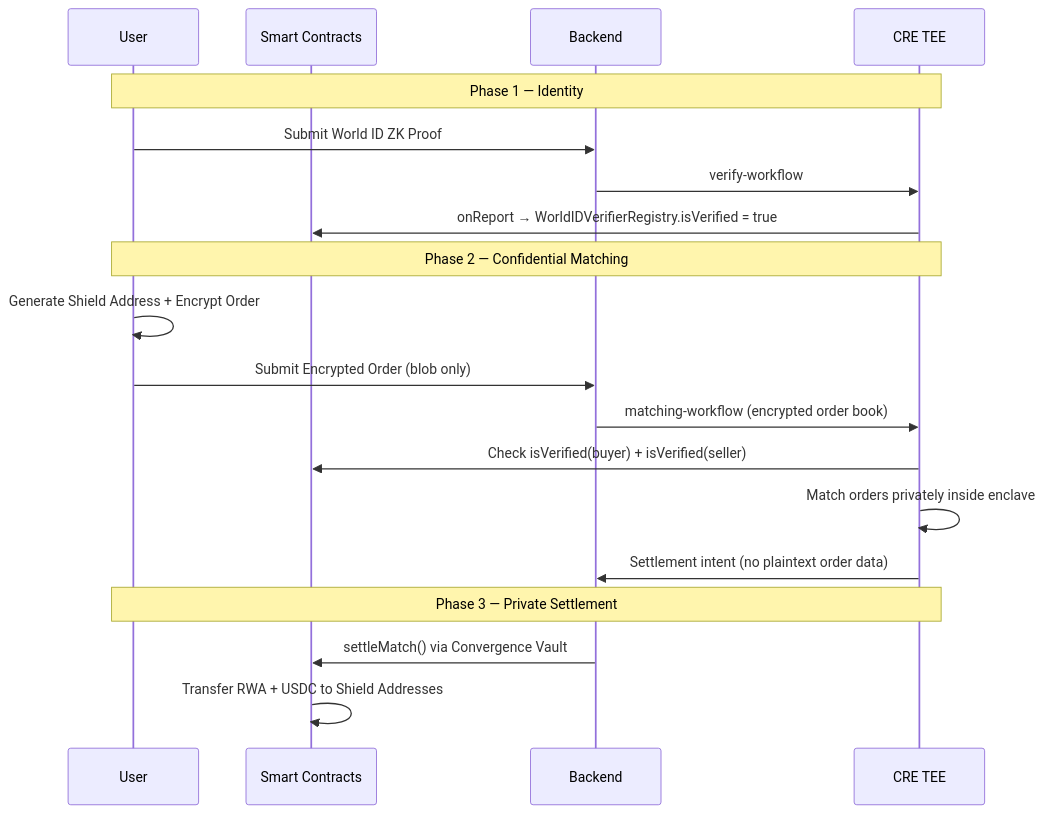
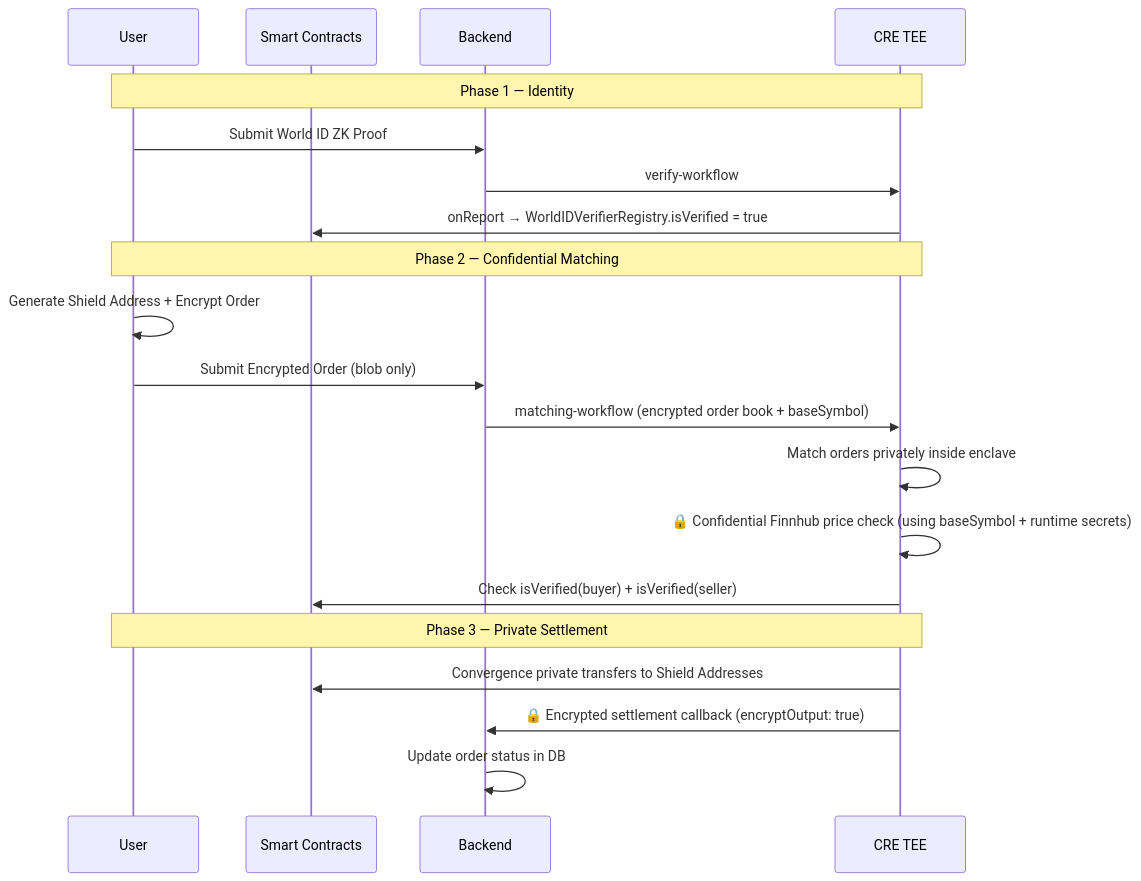
The second of 5 diagrams in README.md (furqaannabi/ssl), drawn with Mermaid before and after one commit. The commit also changed other lines of this file and 9 other files, not shown here.

````diff
--- a/README.md
+++ b/README.md
@@ -77,24 +79,25 @@
 ```mermaid
 sequenceDiagram
     participant U as User
     participant SC as Smart Contracts
     participant B as Backend
     participant TEE as CRE TEE
 
     Note over U, TEE: Phase 1 — Identity
     U->>B: Submit World ID ZK Proof
     B->>TEE: verify-workflow
     TEE->>SC: onReport → WorldIDVerifierRegistry.isVerified = true
 
     Note over U, TEE: Phase 2 — Confidential Matching
     U->>U: Generate Shield Address + Encrypt Order
     U->>B: Submit Encrypted Order (blob only)
-    B->>TEE: matching-workflow (encrypted order book)
+    B->>TEE: matching-workflow (encrypted order book + baseSymbol)
+    TEE->>TEE: Match orders privately inside enclave
+    TEE->>TEE: 🔒 Confidential Finnhub price check (using baseSymbol + runtime secrets)
     TEE->>SC: Check isVerified(buyer) + isVerified(seller)
-    TEE->>TEE: Match orders privately inside enclave
-    TEE->>B: Settlement intent (no plaintext order data)
 
     Note over U, TEE: Phase 3 — Private Settlement
-    B->>SC: settleMatch() via Convergence Vault
-    SC->>SC: Transfer RWA + USDC to Shield Addresses
+    TEE->>SC: Convergence private transfers to Shield Addresses
+    TEE->>B: 🔒 Encrypted settlement callback (encryptOutput: true)
+    B->>B: Update order status in DB
 ```
````
